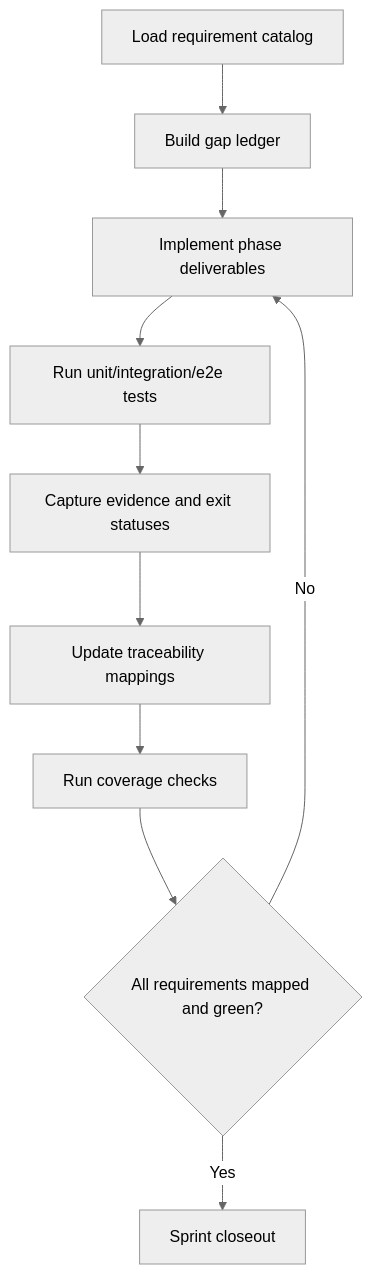
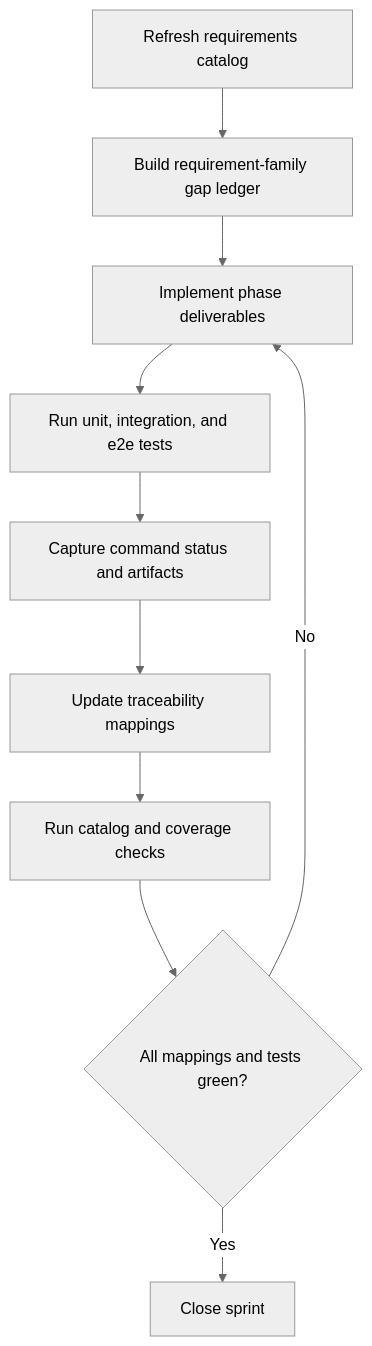
The third of 5 diagrams in docs/sprints/SPRINT-003-comprehensive-implementation-plan.md (jaytaylor/attractor-tcl), drawn with Mermaid (neutral theme) before and after one commit. The commit also changed other lines of this file, not shown here.

Commit message:
docs: sync sprint 003 phase 0 completion evidence

````diff
--- a/docs/sprints/SPRINT-003-comprehensive-implementation-plan.md
+++ b/docs/sprints/SPRINT-003-comprehensive-implementation-plan.md
@@ -916,12 +514,12 @@
 ```mermaid
 flowchart TD
-  A[Load requirement catalog] --> B[Build gap ledger]
+  A[Refresh requirements catalog] --> B[Build requirement-family gap ledger]
   B --> C[Implement phase deliverables]
-  C --> D[Run unit/integration/e2e tests]
-  D --> E[Capture evidence and exit statuses]
+  C --> D[Run unit, integration, and e2e tests]
+  D --> E[Capture command status and artifacts]
   E --> F[Update traceability mappings]
-  F --> G[Run coverage checks]
-  G --> H{All requirements mapped and green?}
+  F --> G[Run catalog and coverage checks]
+  G --> H{All mappings and tests green?}
   H -->|No| C
-  H -->|Yes| I[Sprint closeout]
+  H -->|Yes| I[Close sprint]
 ```
````
